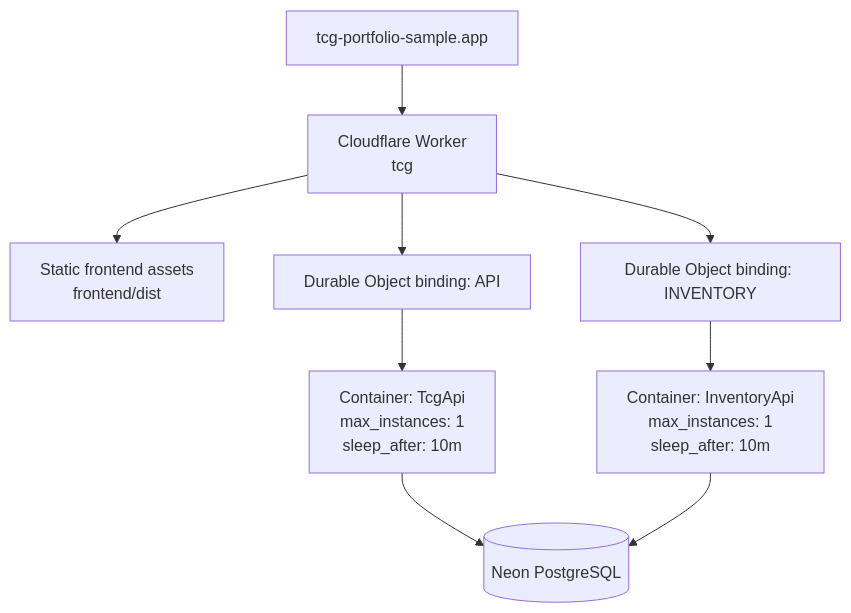
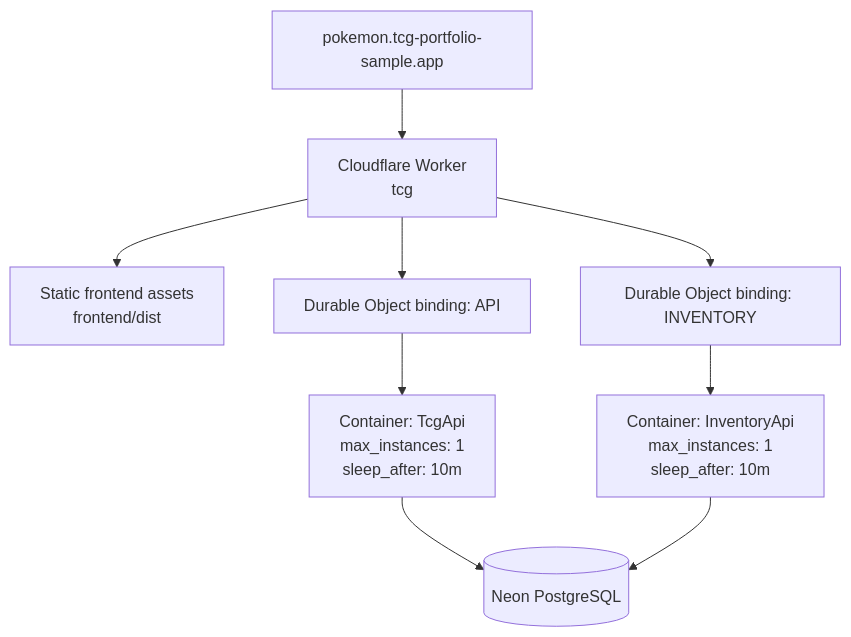
Before and after one commit to poker-kid-100717/tcg: the second of 5 diagrams in README.md, drawn with Mermaid. The commit also changed other lines of this file and 4 other files, not shown here.

First line of the commit message:
feat: serve TCG Signal at pokemon.tcg-portfolio-sample.app (#37)

````diff
--- a/README.md
+++ b/README.md
@@ -83,19 +83,19 @@
 ```mermaid
 flowchart TB
-    DNS[tcg-portfolio-sample.app]
+    DNS[pokemon.tcg-portfolio-sample.app]
     W[Cloudflare Worker<br/>tcg]
 
     A[Static frontend assets<br/>frontend/dist]
     C1[Container: TcgApi<br/>max_instances: 1<br/>sleep_after: 10m]
     C2[Container: InventoryApi<br/>max_instances: 1<br/>sleep_after: 10m]
 
     D1[Durable Object binding: API]
     D2[Durable Object binding: INVENTORY]
 
     DB[(Neon PostgreSQL)]
 
     DNS --> W
     W --> A
     W --> D1 --> C1 --> DB
     W --> D2 --> C2 --> DB
 ```
````
